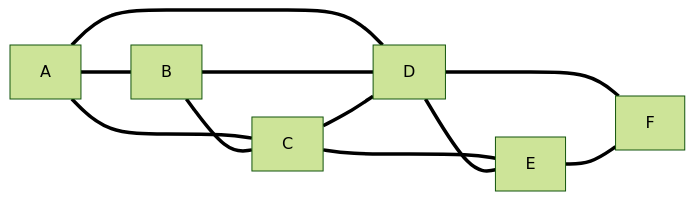
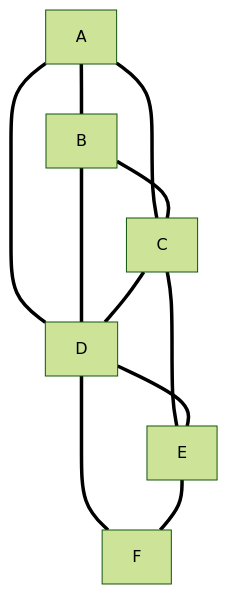
The diagram in README.md (LuboDimitrov/Dijsktra-SPT), drawn with Mermaid (forest theme) before and after one commit.

````diff
--- a/README.md
+++ b/README.md
@@ -10,13 +10,13 @@
 ```mermaid
-graph LR;
+graph TD;
     A===B;
     A===C;
     A===D;
     B===D;
     B===C;
     C===D;
     C===E;
     D===E;
     D===F;
     E===F;
 ```
````
